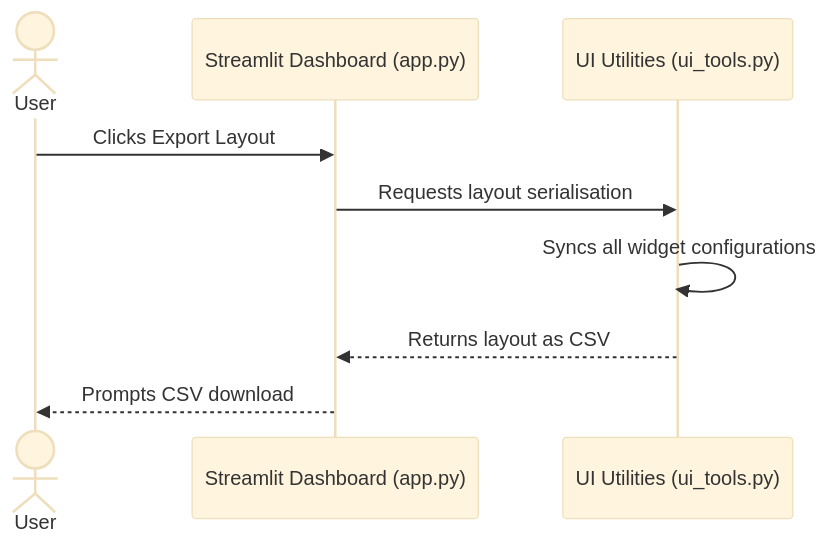
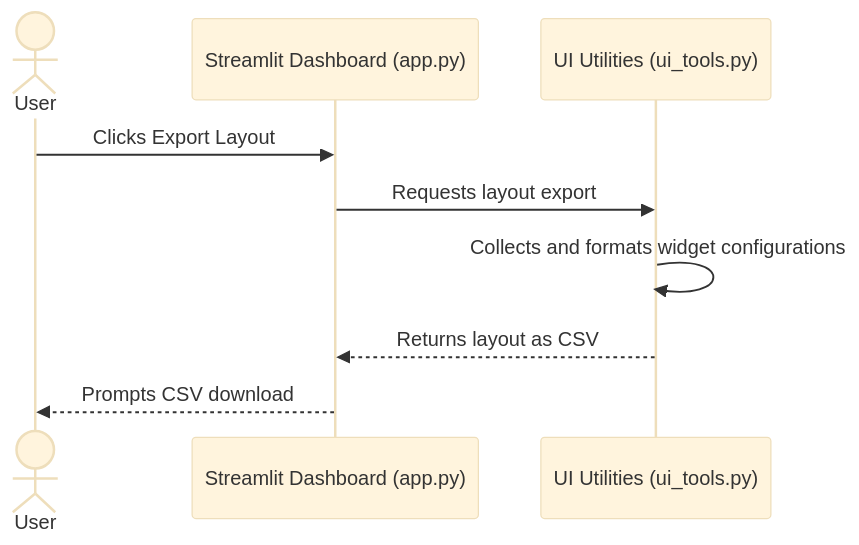
The fourth of 4 diagrams in docs/system-design.md (tt1m/baseline-sales-modelling-report), drawn with Mermaid (base theme) before and after one commit. The commit also changed other lines of this file, not shown here.

````diff
--- a/docs/system-design.md
+++ b/docs/system-design.md
@@ -182,12 +208,12 @@
 ```mermaid
 sequenceDiagram
     actor User
     participant Dashboard as Streamlit Dashboard (app.py)
     participant UITools as UI Utilities (ui_tools.py)
 
     User->>Dashboard: Clicks Export Layout
-    Dashboard->>UITools: Requests layout serialisation
-    UITools->>UITools: Syncs all widget configurations
+    Dashboard->>UITools: Requests layout export
+    UITools->>UITools: Collects and formats widget configurations
     UITools-->>Dashboard: Returns layout as CSV
     Dashboard-->>User: Prompts CSV download
 ```
````
